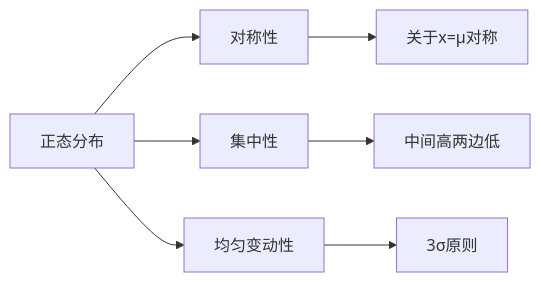
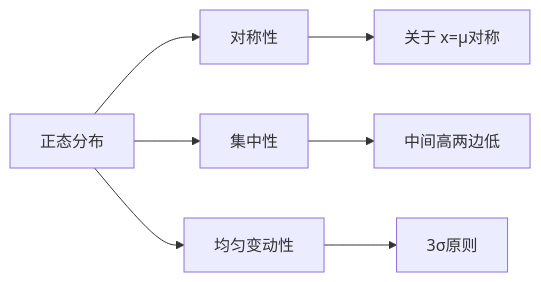
One commit to Tianshang301/TianshangKnowledgeBase changed the second of 4 diagrams in 01_K12/SeniorHigh/Mathematics/概率与统计.md. Above: the diagram before and after it, drawn with Mermaid. The commit also changed other lines of this file and 2257 other files, not shown here.

````diff
--- a/01_K12/SeniorHigh/Mathematics/概率与统计.md
+++ b/01_K12/SeniorHigh/Mathematics/概率与统计.md
@@ -110,9 +110,9 @@
 ```mermaid
 graph LR
     A[正态分布] --> B[对称性]
     A --> C[集中性]
     A --> D[均匀变动性]
-    B --> B1[关于x=μ对称]
+    B --> B1[关于 x=μ对称]
     C --> C1[中间高两边低]
     D --> D1[3σ原则]
 ```
````
